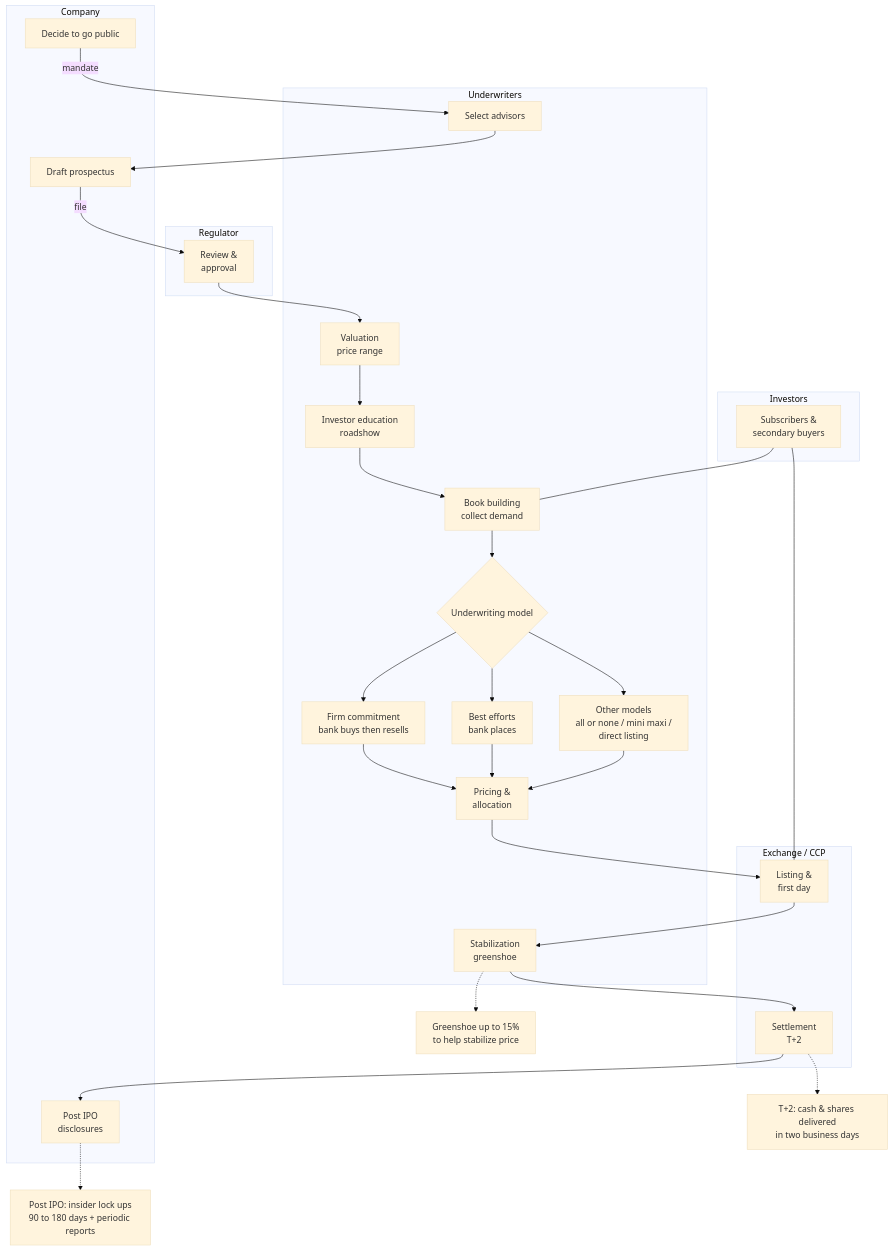
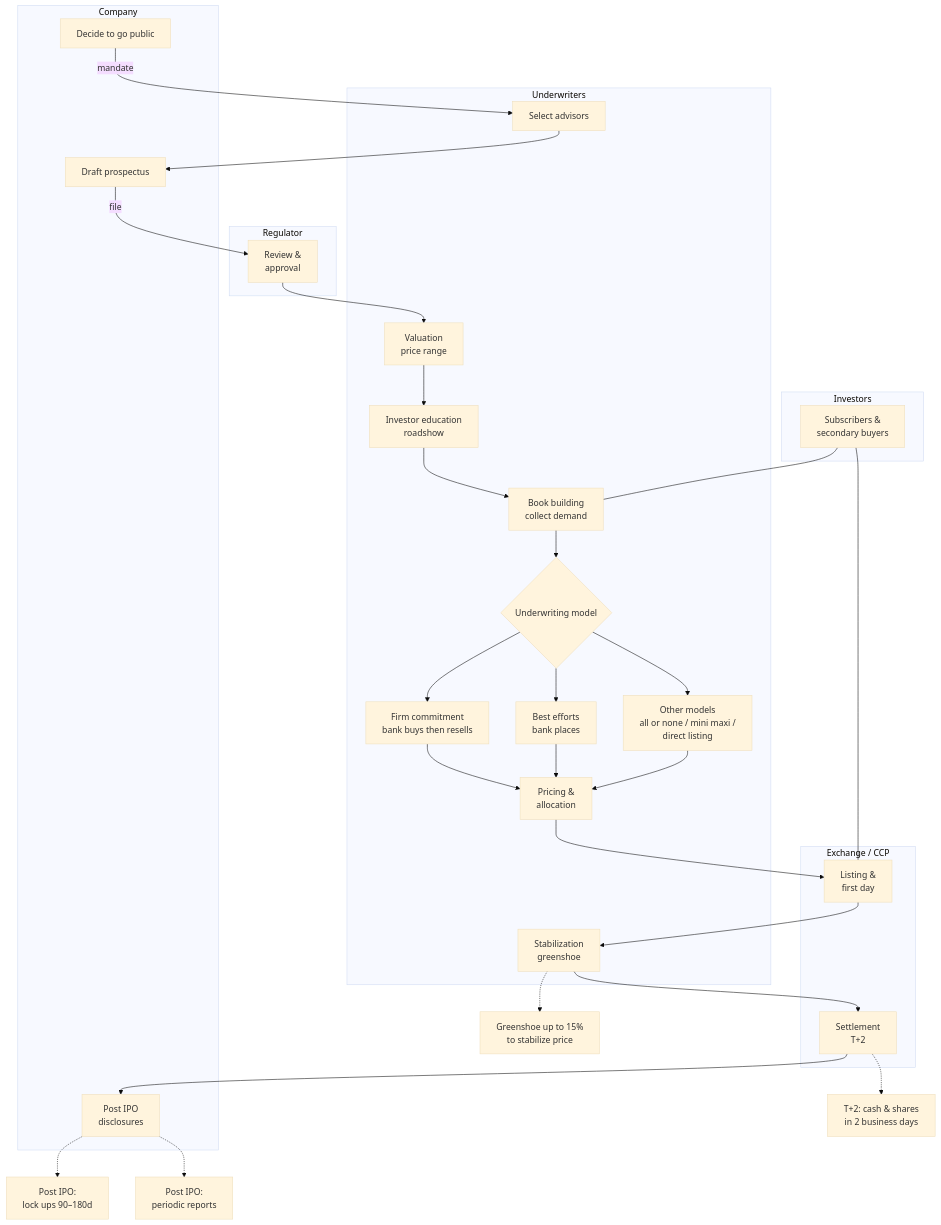
Before and after one commit to CheickPaul/Finance-Python-Learning-Portfolio: the first of 2 diagrams in epat--quantinsti/modules/m01_epat_primer/primer02_stock_market_basics/ipo_process.md, drawn with Mermaid (base theme).

Commit message:
Refine IPO process explanatory callouts
Updated explanatory callouts for the IPO process.

````diff
--- a/epat--quantinsti/modules/m01_epat_primer/primer02_stock_market_basics/ipo_process.md
+++ b/epat--quantinsti/modules/m01_epat_primer/primer02_stock_market_basics/ipo_process.md
@@ -3,60 +3,63 @@
 ```mermaid
 flowchart TD
 
 %% --- Swimlanes / actors ---
 subgraph C0[Company]
   C1[Decide to go public]
   C2[Draft prospectus]
   C3[Post IPO<br/>disclosures]
 end
 
 subgraph U0[Underwriters]
   U1[Select advisors]
   U2[Valuation<br/>price range]
   U3[Investor education<br/>roadshow]
   U4[Book building<br/>collect demand]
   U5{Underwriting model}
   U5a[Firm commitment<br/>bank buys then resells]
   U5b[Best efforts<br/>bank places]
   U5c[Other models<br/>all or none / mini maxi /<br/>direct listing]
   U6[Pricing &<br/>allocation]
   U7[Stabilization<br/>greenshoe]
 end
 
 subgraph R0[Regulator]
   R1[Review &<br/>approval]
 end
 
 subgraph X0[Exchange / CCP]
   X1[Listing &<br/>first day]
   X2[Settlement<br/>T+2]
 end
 
 subgraph I0[Investors]
   I1[Subscribers &<br/>secondary buyers]
 end
 
 %% --- Main flow with a few edge labels ---
 C1 -->|mandate| U1
 U1 --> C2
 C2 -->|file| R1
 R1 --> U2
 U2 --> U3 --> U4 --> U5
 U5 --> U5a --> U6
 U5 --> U5b --> U6
 U5 --> U5c --> U6
 U6 --> X1 --> U7 --> X2 --> C3
 
 %% investors connect at primary and secondary stages
 I1 --- U4
 I1 --- X1
 
 %% --- Explanatory callouts (short and wrapped)
-Kx[Greenshoe up to 15%<br/>to help stabilize price]
-Tx[T+2: cash & shares delivered<br/>in two business days]
-Lx[Post IPO: insider lock ups<br/>90 to 180 days + periodic reports]
+Kx[Greenshoe up to 15%<br/>to stabilize price]
+Tx[T+2: cash & shares<br/>in 2 business days]
+L1[Post IPO:<br/>lock ups 90–180d]
+L2[Post IPO:<br/>periodic reports]
 
 U7 -.-> Kx
 X2 -.-> Tx
-C3 -.-> Lx
+C3 -.-> L1
+C3 -.-> L2
+
 ```
````
